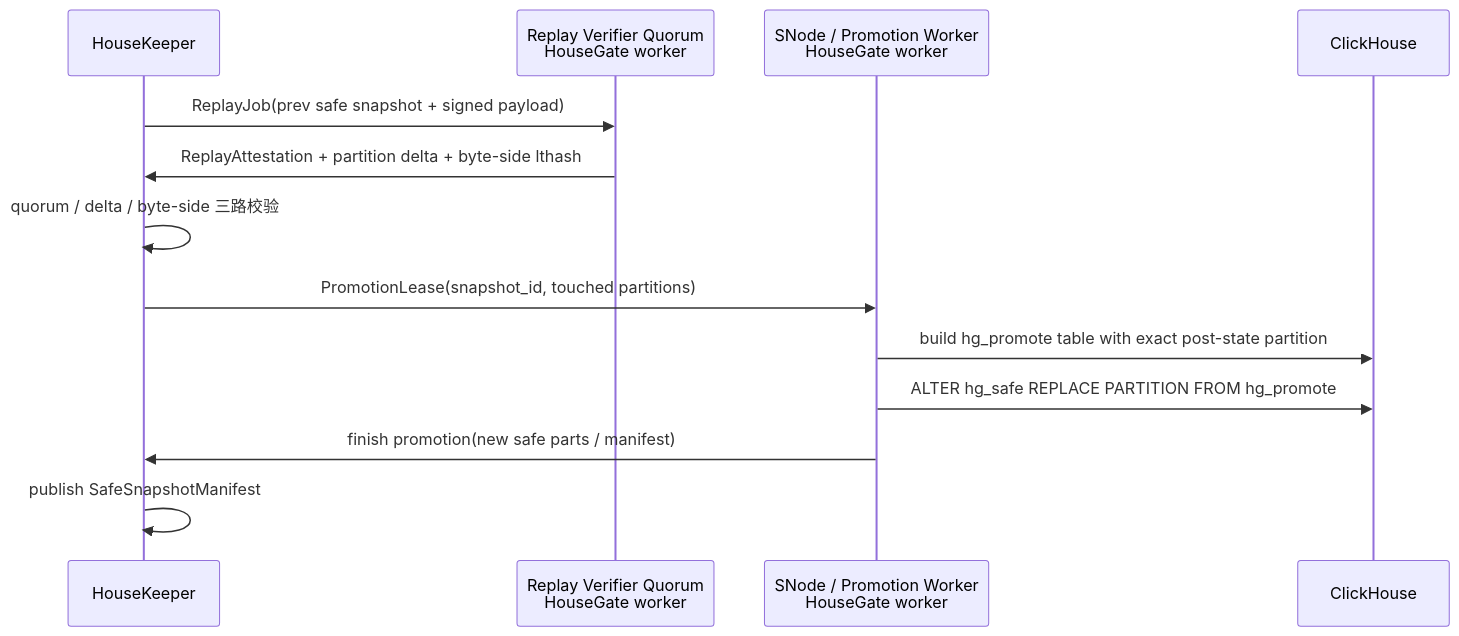
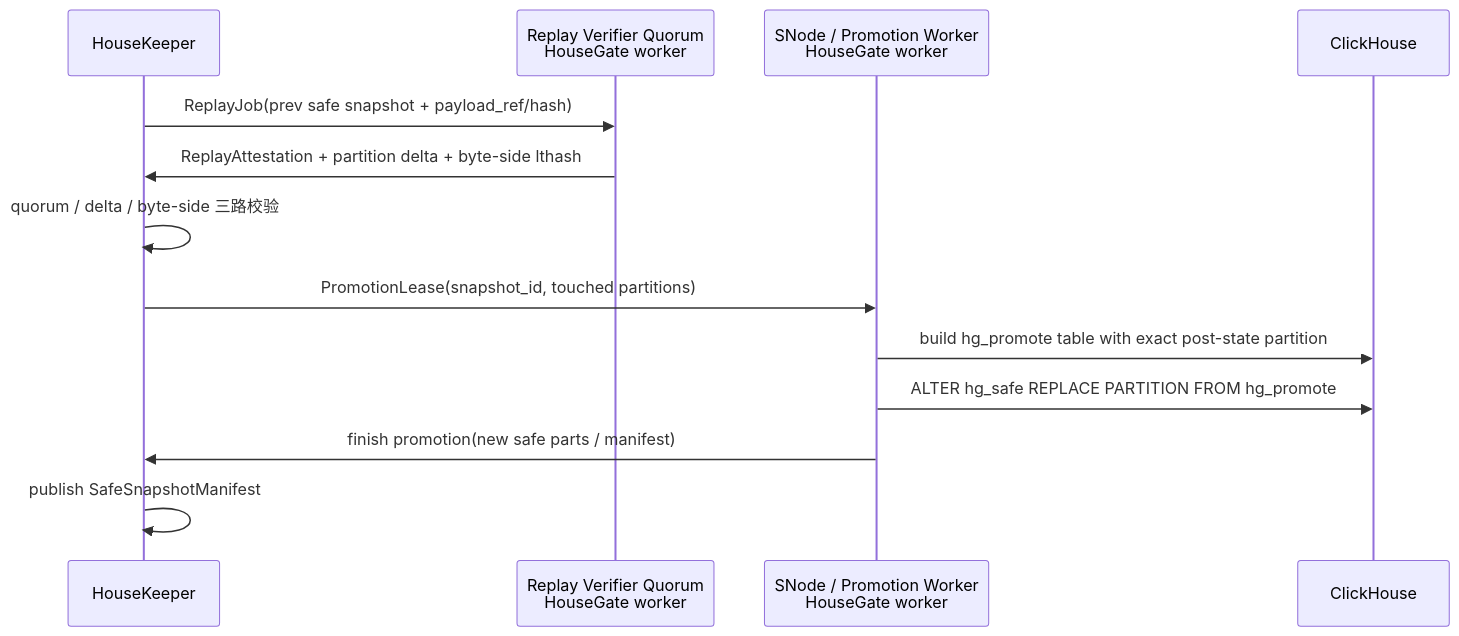
Before and after one commit to housegate/housegate: the second of 4 diagrams in docs/superpowers/specs/2026-06-25-housekeeper-storage-integrity-overall-design.zh-CN.md, drawn with Mermaid. The commit also changed other lines of this file and 5 other files, not shown here.

````diff
--- a/docs/superpowers/specs/2026-06-25-housekeeper-storage-integrity-overall-design.zh-CN.md
+++ b/docs/superpowers/specs/2026-06-25-housekeeper-storage-integrity-overall-design.zh-CN.md
@@ -368,16 +378,16 @@
 ```mermaid
 sequenceDiagram
   participant HK as HouseKeeper
   participant V as Replay Verifier Quorum<br/>HouseGate worker
   participant SN as SNode / Promotion Worker<br/>HouseGate worker
   participant CH as ClickHouse
 
-  HK->>V: ReplayJob(prev safe snapshot + signed payload)
+  HK->>V: ReplayJob(prev safe snapshot + payload_ref/hash)
   V->>HK: ReplayAttestation + partition delta + byte-side lthash
   HK->>HK: quorum / delta / byte-side 三路校验
   HK->>SN: PromotionLease(snapshot_id, touched partitions)
   SN->>CH: build hg_promote table with exact post-state partition
   SN->>CH: ALTER hg_safe REPLACE PARTITION FROM hg_promote
   SN->>HK: finish promotion(new safe parts / manifest)
   HK->>HK: publish SafeSnapshotManifest
 ```
````
